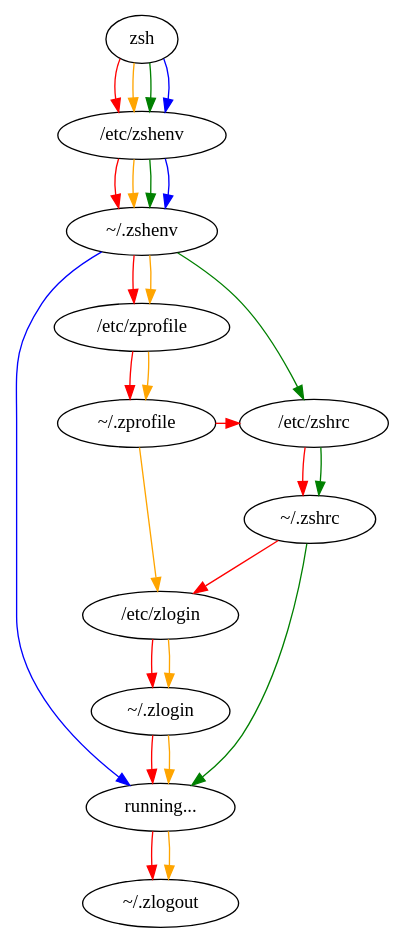
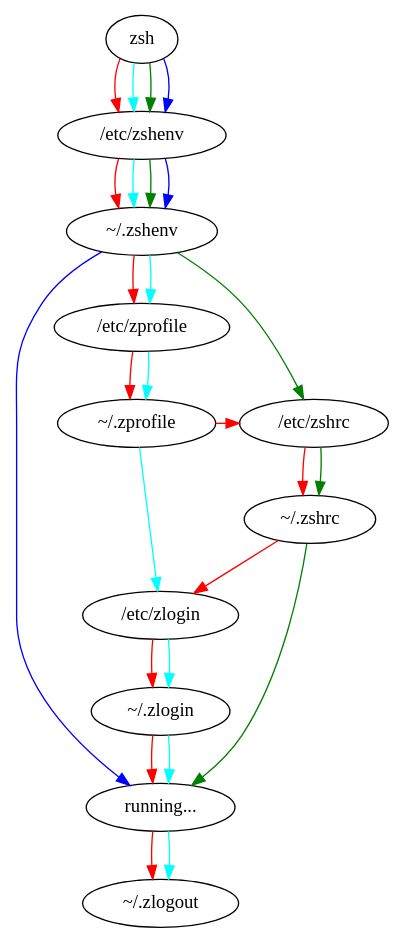
The diagram in .zsh-config/startup-sequence.dot (espinielli/dotfiles), drawn with Graphviz before and after one commit. The commit also changed 2 other files, not shown here.

```diff
--- a/.zsh-config/startup-sequence.dot
+++ b/.zsh-config/startup-sequence.dot
@@ -1,76 +1,77 @@
 // adapted from 
 // https://heptapod.host/flowblok/shell-startup/-/blob/branch/default/diagram/impl-actual.dot
+// Editing/PNG production via https://dreampuf.github.io/GraphvizOnline/
 digraph {
 //    {rank=same;
 //    zsh
 //    }
 
 
     zsh_running [label="running..."]
 
 
     etc_zshenv [label="/etc/zshenv"]
     etc_zprofile [label="/etc/zprofile"]
     etc_zshrc [label="/etc/zshrc"]
     etc_zlogin [label="/etc/zlogin"]
 
     dot_zlogin [label="~/.zlogin"]
     dot_zlogout [label="~/.zlogout"]
     dot_zprofile [label="~/.zprofile"]
     dot_zshrc [label="~/.zshrc"]
     {rank=same;
     dot_zprofile [label="~/.zprofile"]
     etc_zshrc [label="/etc/zshrc"]
     }
     dot_zshenv [label="~/.zshenv"]
 
     // ZSH
 
     // PATH: zsh, login, interactive
     edge [color=red, style=solid]
     zsh -> etc_zshenv
 
     etc_zshenv -> dot_zshenv
     dot_zshenv -> etc_zprofile
     etc_zprofile -> dot_zprofile
     dot_zprofile -> etc_zshrc
     etc_zshrc -> dot_zshrc
     dot_zshrc -> etc_zlogin
     etc_zlogin -> dot_zlogin
 
     dot_zlogin -> zsh_running
 
     zsh_running -> dot_zlogout
 
     // PATH: zsh, login, non-interactive
-    edge [color=orange, style=solid]
+    edge [color=cyan, style=solid]
     zsh -> etc_zshenv
 
     etc_zshenv -> dot_zshenv
     dot_zshenv -> etc_zprofile
     etc_zprofile -> dot_zprofile
     dot_zprofile -> etc_zlogin
     etc_zlogin -> dot_zlogin
 
     dot_zlogin -> zsh_running
 
     zsh_running -> dot_zlogout
 
     // PATH: zsh, non-login, interactive
     edge [color=green, style=solid]
     zsh -> etc_zshenv
 
     etc_zshenv -> dot_zshenv
     dot_zshenv -> etc_zshrc
     etc_zshrc -> dot_zshrc
 
     dot_zshrc -> zsh_running
 
     // PATH: zsh, non-login, non-interactive
     edge [color=blue, style=solid]
     zsh -> etc_zshenv
 
     etc_zshenv -> dot_zshenv
     dot_zshenv -> zsh_running
 
 }
```
